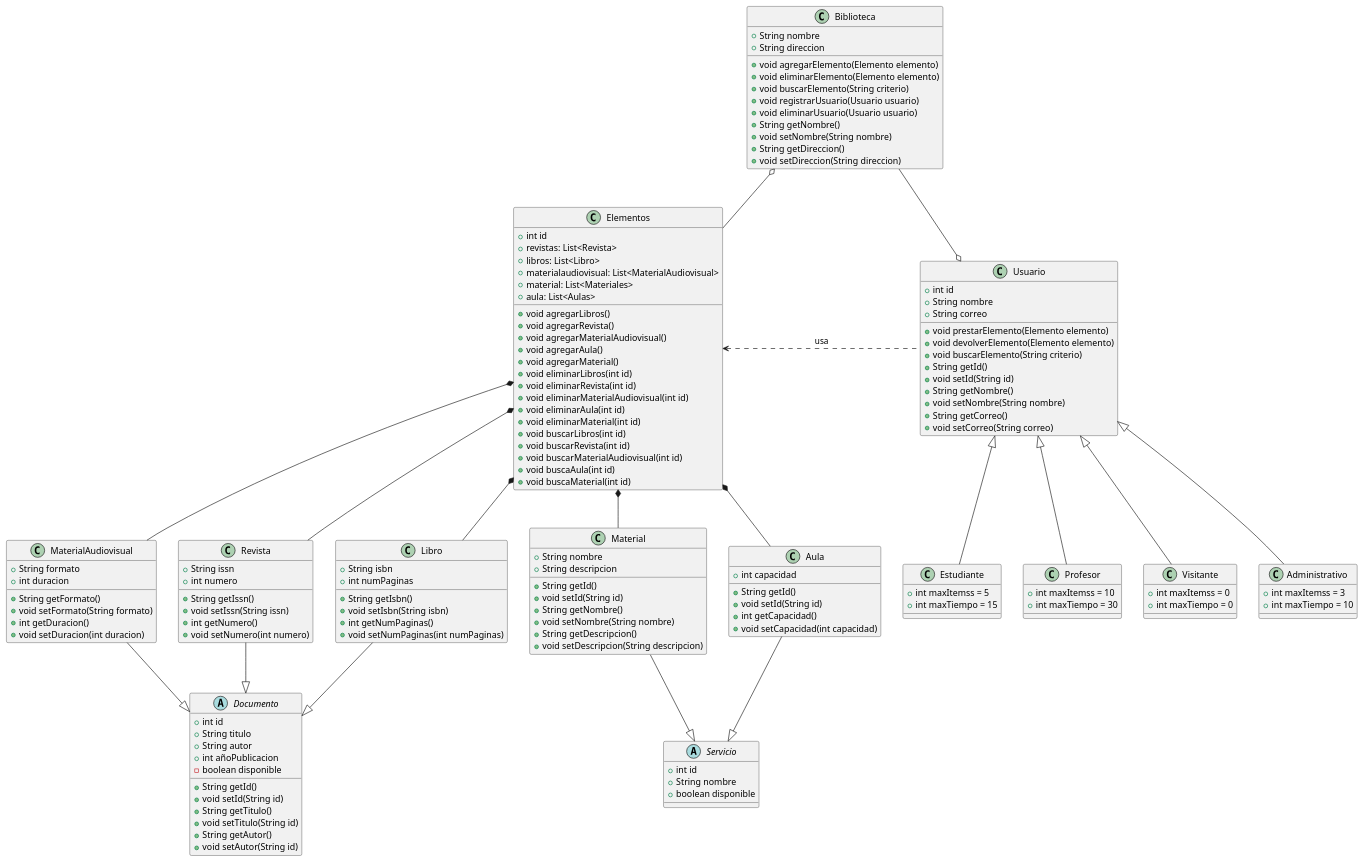
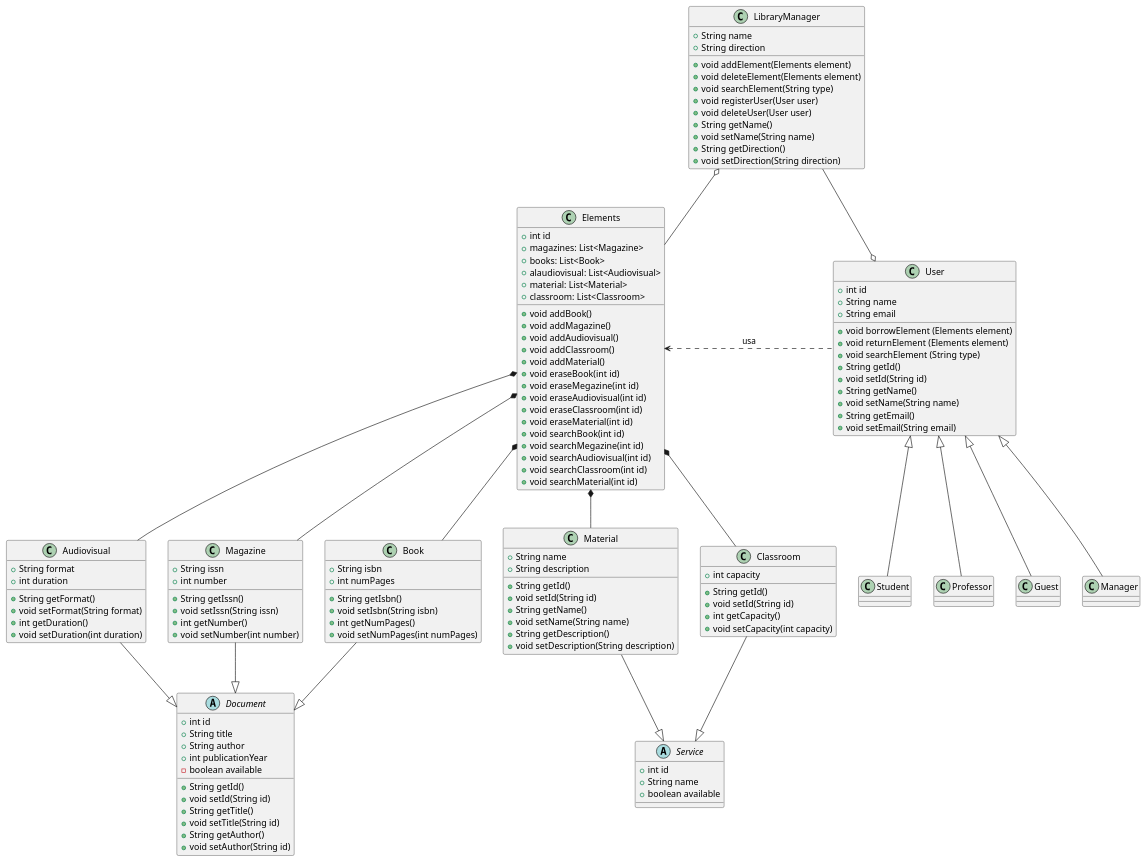
One commit to sara-patino/24-25-IdSw2-SDD changed the diagram in modelosUML/DiagramaDeClases.puml. Above: the diagram before and after it, drawn with PlantUML.

```diff
--- a/modelosUML/DiagramaDeClases.puml
+++ b/modelosUML/DiagramaDeClases.puml
@@ -1,161 +1,141 @@
 @startuml
 
-Biblioteca o-- Elementos
-Biblioteca --o Usuario
-Elementos <.right. Usuario : usa
-Elementos *-- Libro
-Elementos *-- Revista
-Elementos *-- Material
-Elementos *-- Aula
-Elementos *-- MaterialAudiovisual
-Servicio <|-up- Aula
-Servicio <|-up- Material
-Documento <|-up- Libro
-Documento <|-up- Revista
-Documento <|-up- MaterialAudiovisual
-Usuario <|-- Estudiante
-Usuario <|-- Profesor
-Usuario <|-- Visitante
-Usuario <|-- Administrativo
+LibraryManager o-- Elements
+LibraryManager --o User
+Elements <.right. User : usa
+Elements *-- Book
+Elements *-- Magazine
+Elements *-- Material
+Elements *-- Classroom
+Elements *-- Audiovisual
+Service <|-up- Classroom
+Service <|-up- Material
+Document <|-up- Book
+Document <|-up- Magazine
+Document <|-up- Audiovisual
+User <|-- Student
+User <|-- Professor
+User <|-- Guest
+User <|-- Manager
 
 class Material {
-    +String nombre
-    +String descripcion
+    +String name
+    +String description
     +String getId()
     +void setId(String id)
-    +String getNombre()
-    +void setNombre(String nombre)
-    +String getDescripcion()
-    +void setDescripcion(String descripcion)
+    +String getName()
+    +void setName(String name)
+    +String getDescription()
+    +void setDescription(String description)
 }
 
-class Elementos {
+class Elements {
     +int id
-    +revistas: List<Revista> 
-    +libros: List<Libro> 
-    +materialaudiovisual: List<MaterialAudiovisual>
-    +material: List<Materiales>
-    +aula: List<Aulas>
-    +void agregarLibros()
-    +void agregarRevista()
-    +void agregarMaterialAudiovisual()
-    +void agregarAula()
-    +void agregarMaterial()
-    +void eliminarLibros(int id)
-    +void eliminarRevista(int id)
-    +void eliminarMaterialAudiovisual(int id)
-    +void eliminarAula(int id)
-    +void eliminarMaterial(int id)
-    +void buscarLibros(int id)
-    +void buscarRevista(int id)
-    +void buscarMaterialAudiovisual(int id)
-    +void buscaAula(int id)
-    +void buscaMaterial(int id)
+    +magazines: List<Magazine> 
+    +books: List<Book> 
+    +alaudiovisual: List<Audiovisual>
+    +material: List<Material>
+    +classroom: List<Classroom>
+    +void addBook()
+    +void addMagazine()
+    +void addAudiovisual()
+    +void addClassroom()
+    +void addMaterial()
+    +void eraseBook(int id)
+    +void eraseMegazine(int id)
+    +void eraseAudiovisual(int id)
+    +void eraseClassroom(int id)
+    +void eraseMaterial(int id)
+    +void searchBook(int id)
+    +void searchMegazine(int id)
+    +void searchAudiovisual(int id)
+    +void searchClassroom(int id)
+    +void searchMaterial(int id)
 }
 
-abstract class Documento {
+abstract class Document {
     +int id
-    +String titulo
-    +String autor
-    +int añoPublicacion
-    -boolean disponible
+    +String title
+    +String author
+    +int publicationYear
+    -boolean available
     +String getId()
     +void setId(String id)
-    +String getTitulo()
-    +void setTitulo(String id)
-    +String getAutor()
-    +void setAutor(String id)
+    +String getTitle()
+    +void setTitle(String id)
+    +String getAuthor()
+    +void setAuthor(String id)
     
 }
 
-class Usuario {
+class User {
     +int id
-    +String nombre
-    +String correo
-    +void prestarElemento(Elemento elemento)
-    +void devolverElemento(Elemento elemento)
-    +void buscarElemento(String criterio)
+    +String name
+    +String email
+    +void borrowElement (Elements element)
+    +void returnElement (Elements element)
+    +void searchElement (String type)
     +String getId()
     +void setId(String id)
-    +String getNombre()
-    +void setNombre(String nombre)
-    +String getCorreo()
-    +void setCorreo(String correo)
+    +String getName()
+    +void setName(String name)
+    +String getEmail()
+    +void setEmail(String email)
 }
 
-class Estudiante{
-  +int maxItemss = 5
-  +int maxTiempo = 15
+class Book {
+    +String isbn
+    +int numPages
+    +String getIsbn()
+    +void setIsbn(String isbn)
+    +int getNumPages()
+    +void setNumPages(int numPages)
 }
 
-class Profesor{
-  +int maxItemss = 10
-  +int maxTiempo = 30
+class Classroom {
+    +int capacity
+    +String getId()
+    +void setId(String id)
+    +int getCapacity()
+    +void setCapacity(int capacity)
 }
 
-class Administrativo{
-  +int maxItemss = 3
-  +int maxTiempo = 10
+abstract class Service {
+    +int id
+    +String name
+    +boolean available
 }
 
-class Visitante{
-  +int maxItemss = 0
-  +int maxTiempo = 0
+class Magazine {
+    +String issn
+    +int number
+    +String getIssn()
+    +void setIssn(String issn)
+    +int getNumber()
+    +void setNumber(int number)
 }
 
-class Libro {
-    +String isbn
-    +int numPaginas
-    +String getIsbn()
-    +void setIsbn(String isbn)
-    +int getNumPaginas()
-    +void setNumPaginas(int numPaginas)
+class Audiovisual {
+    +String format
+    +int duration
+    +String getFormat()
+    +void setFormat(String format)
+    +int getDuration()
+    +void setDuration(int duration)
 }
 
-class Aula {
-    +int capacidad
-    +String getId()
-    +void setId(String id)
-    +int getCapacidad()
-    +void setCapacidad(int capacidad)
-}
-
-abstract class Servicio {
-    +int id
-    +String nombre
-    +boolean disponible
-}
-
-class Revista {
-    +String issn
-    +int numero
-    +String getIssn()
-    +void setIssn(String issn)
-    +int getNumero()
-    +void setNumero(int numero)
-}
-
-class MaterialAudiovisual {
-    +String formato
-    +int duracion
-    +String getFormato()
-    +void setFormato(String formato)
-    +int getDuracion()
-    +void setDuracion(int duracion)
-}
-
-class Biblioteca {
-    +String nombre
-    +String direccion
-    +void agregarElemento(Elemento elemento)
-    +void eliminarElemento(Elemento elemento)
-    +void buscarElemento(String criterio)
-    +void registrarUsuario(Usuario usuario)
-    +void eliminarUsuario(Usuario usuario)
-    +String getNombre()
-    +void setNombre(String nombre)
-    +String getDireccion()
-    +void setDireccion(String direccion)
+class LibraryManager {
+    +String name
+    +String direction
+    +void addElement(Elements element)
+    +void deleteElement(Elements element)
+    +void searchElement(String type)
+    +void registerUser(User user)
+    +void deleteUser(User user)
+    +String getName()
+    +void setName(String name)
+    +String getDirection()
+    +void setDirection(String direction)
 }
 
 @enduml
```
